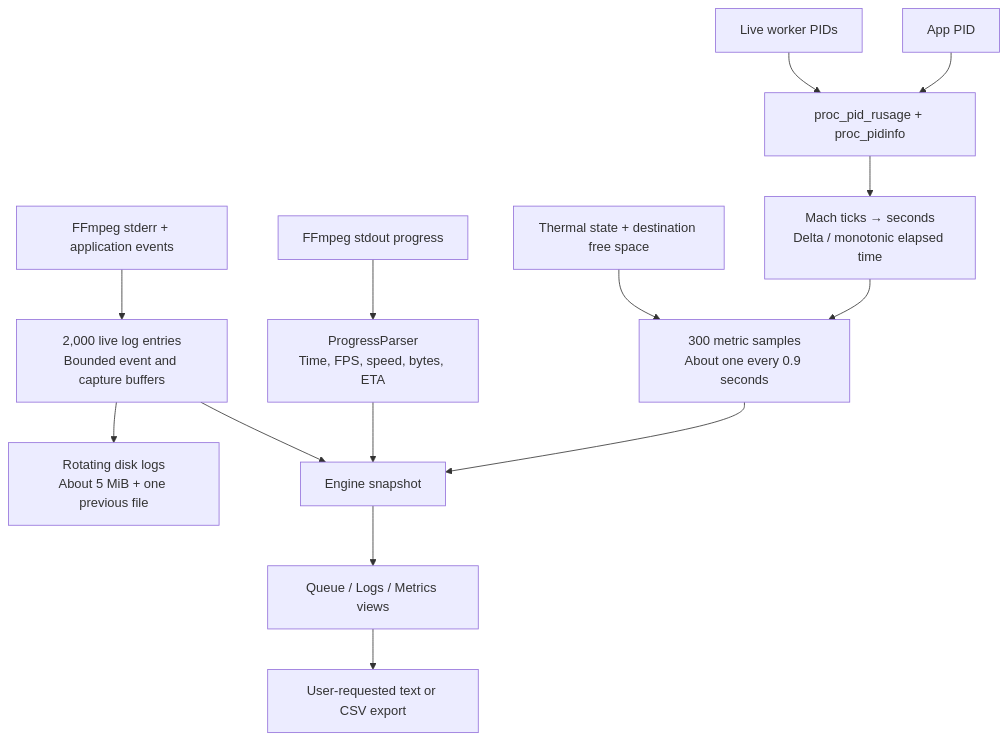
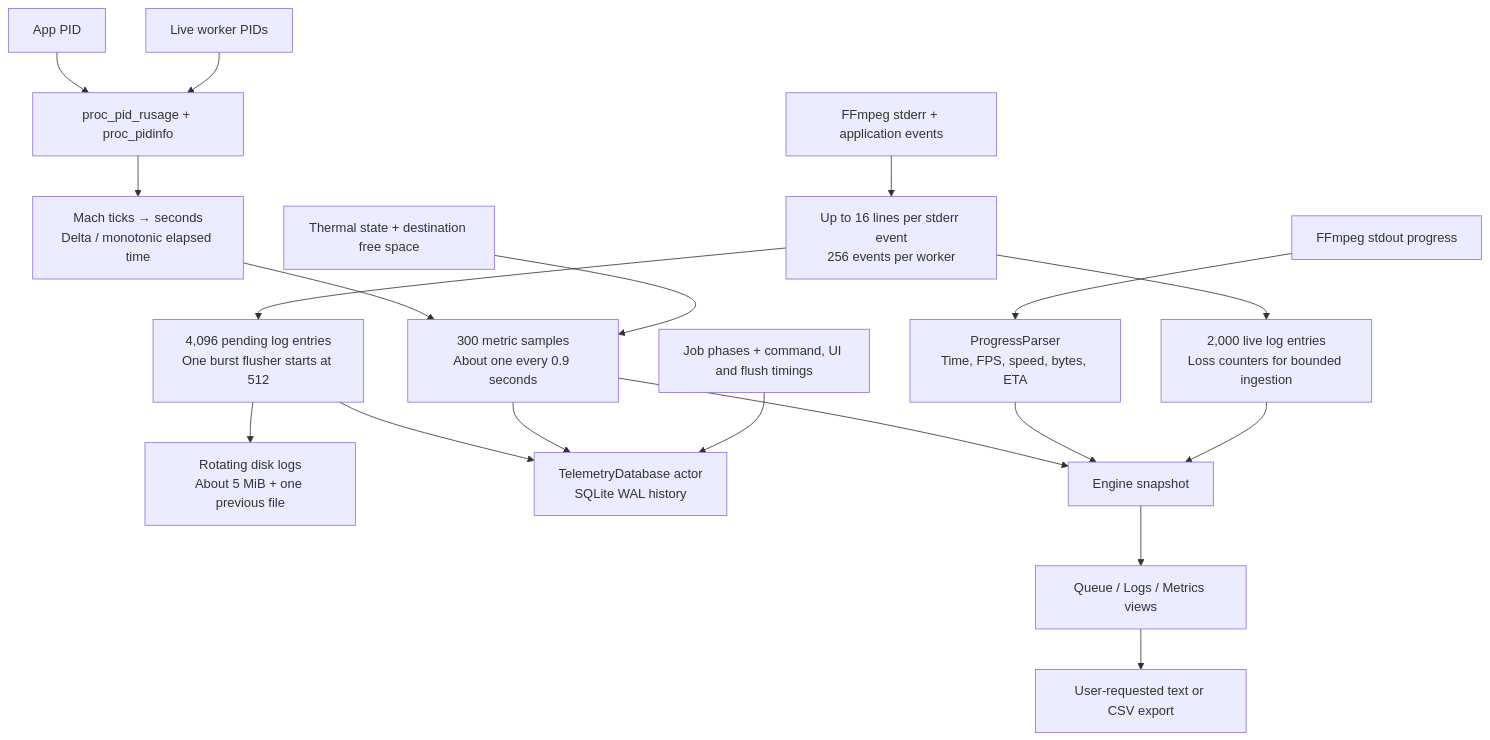
One commit to giridharmb/VideoConverter changed the sixth of 6 diagrams in Documentation/DIAGRAMS.md. Above: the diagram before and after it, drawn with Mermaid. The commit also changed other lines of this file and 30 other files, not shown here.

Commit message:
Add SQLite telemetry and conversion stress benchmarks

````diff
--- a/Documentation/DIAGRAMS.md
+++ b/Documentation/DIAGRAMS.md
@@ -176,16 +179,21 @@
 ```mermaid
 flowchart TB
     App["App PID"] --> Counters["proc_pid_rusage + proc_pidinfo"]
     Workers["Live worker PIDs"] --> Counters
     Counters --> Rates["Mach ticks → seconds\nDelta / monotonic elapsed time"]
     Rates --> Metrics["300 metric samples\nAbout one every 0.9 seconds"]
     OS["Thermal state + destination free space"] --> Metrics
     Progress["FFmpeg stdout progress"] --> Parser["ProgressParser\nTime, FPS, speed, bytes, ETA"]
-    Errors["FFmpeg stderr + application events"] --> Logs["2,000 live log entries\nBounded event and capture buffers"]
-    Logs --> Disk["Rotating disk logs\nAbout 5 MiB + one previous file"]
+    Errors["FFmpeg stderr + application events"] --> Batch["Up to 16 lines per stderr event\n256 events per worker"]
+    Batch --> Logs["2,000 live log entries\nLoss counters for bounded ingestion"]
+    Batch --> Pending["4,096 pending log entries\nOne burst flusher starts at 512"]
+    Pending --> Disk["Rotating disk logs\nAbout 5 MiB + one previous file"]
+    Pending --> SQL["TelemetryDatabase actor\nSQLite WAL history"]
+    Metrics --> SQL
+    Timing["Job phases + command, UI and flush timings"] --> SQL
     Metrics --> Snapshot["Engine snapshot"]
     Parser --> Snapshot
     Logs --> Snapshot
     Snapshot --> UI["Queue / Logs / Metrics views"]
     UI --> Export["User-requested text or CSV export"]
 ```
````
